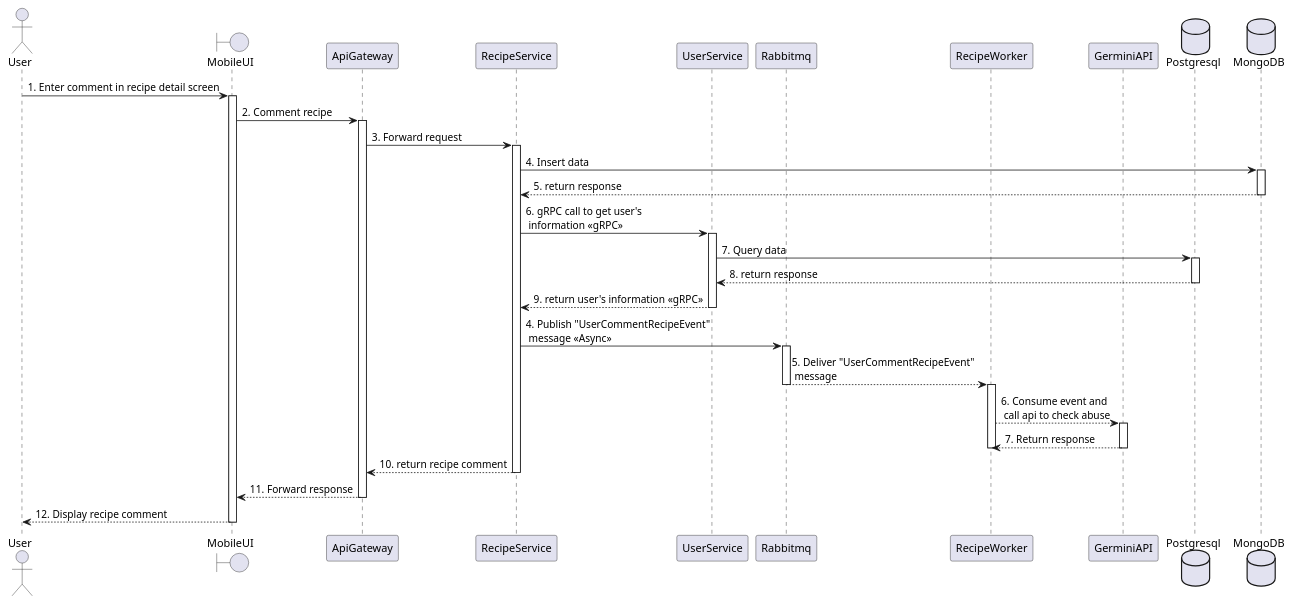
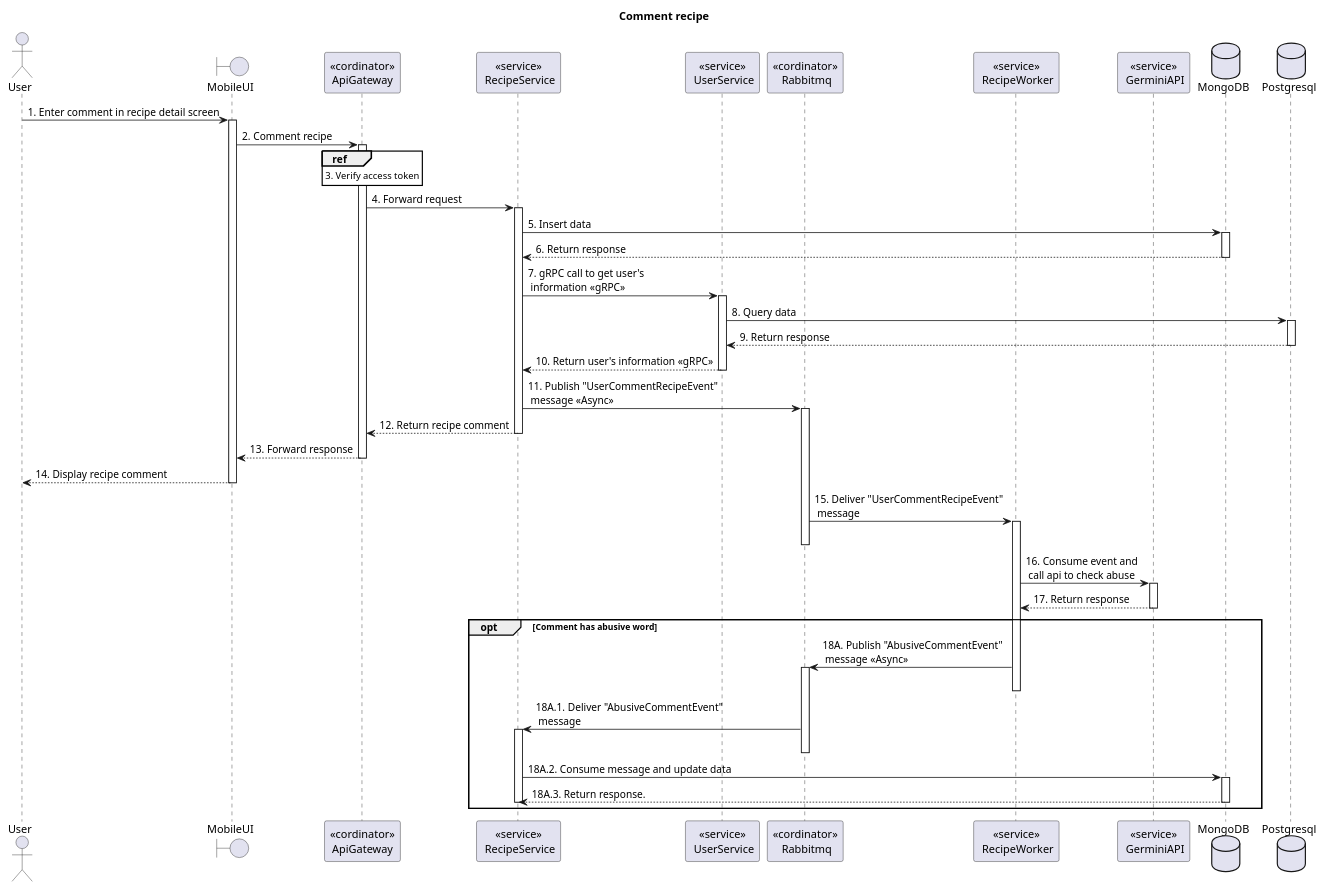
The diagram in doc/SDS/Recipe/Comment recipe/Sequence.plantuml (Carl-Johnsons/tastopia), drawn with PlantUML before and after one commit. The commit also changed 10 other files, not shown here.

Commit message:
doc: update recipe sequences, add user, tracking sequences

```diff
--- a/doc/SDS/Recipe/Comment recipe/Sequence.plantuml
+++ b/doc/SDS/Recipe/Comment recipe/Sequence.plantuml
@@ -1,56 +1,59 @@
 @startuml CommentRecipe
+title "Comment recipe"
+<style>
+  sequenceDiagram {
+    reference {
+      BackGroundColor white
+    }
+}
+</style>
+
 actor User
 boundary MobileUI
-participant ApiGateway
-participant RecipeService
-participant UserService
-participant Rabbitmq
-participant RecipeWorker
-participant GerminiAPI
+participant "<<cordinator>>\nApiGateway" as ApiGateway
+participant "<<service>>\n RecipeService" as RecipeService
+participant "<<service>>\n UserService" as UserService
+participant "<<cordinator>>\n Rabbitmq" as Rabbitmq
+participant "<<service>>\n RecipeWorker" as RecipeWorker
+participant "<<service>>\n GerminiAPI" as GerminiAPI
 database MongoDB
 database Postgresql
 
-User -> MobileUI: 1. Enter comment in recipe detail screen
-activate MobileUI
+User -> MobileUI++: 1. Enter comment in recipe detail screen
 
-MobileUI -> ApiGateway: 2. Comment recipe
-activate ApiGateway
+MobileUI -> ApiGateway++: 2. Comment recipe
 
-ApiGateway -> RecipeService: 3. Forward request
-activate RecipeService
+ref over ApiGateway: 3. Verify access token
 
-database MongoDB
-RecipeService -> MongoDB: 4. Insert data
-activate MongoDB
-RecipeService <-- MongoDB: 5. return response
-deactivate MongoDB
+ApiGateway -> RecipeService++: 4. Forward request
 
-RecipeService -> UserService: 6. gRPC call to get user's \n information <<gRPC>>
-activate UserService
-UserService -> Postgresql: 7. Query data
-activate Postgresql
-UserService <-- Postgresql: 8. return response
-deactivate Postgresql
-RecipeService <-- UserService: 9. return user's information <<gRPC>>
-deactivate UserService
+RecipeService -> MongoDB++: 5. Insert data
+RecipeService <-- MongoDB--: 6. Return response
 
-RecipeService -> Rabbitmq: 4. Publish "UserCommentRecipeEvent" \n message <<Async>>
-activate Rabbitmq
-Rabbitmq --> RecipeWorker: 5. Deliver "UserCommentRecipeEvent"\n message
+RecipeService -> UserService++: 7. gRPC call to get user's \n information <<gRPC>>
+UserService -> Postgresql++: 8. Query data
+UserService <-- Postgresql--: 9. Return response
+RecipeService <-- UserService--: 10. Return user's information <<gRPC>>
+
+RecipeService -> Rabbitmq++: 11. Publish "UserCommentRecipeEvent" \n message <<Async>>
+
+ApiGateway <-- RecipeService--: 12. Return recipe comment
+MobileUI <-- ApiGateway--: 13. Forward response
+User <-- MobileUI--: 14. Display recipe comment
+
+Rabbitmq -> RecipeWorker++: 15. Deliver "UserCommentRecipeEvent"\n message
 deactivate Rabbitmq
-activate RecipeWorker
-RecipeWorker --> GerminiAPI: 6. Consume event and \n call api to check abuse
-activate GerminiAPI
-GerminiAPI --> RecipeWorker: 7. Return response
-deactivate GerminiAPI
-deactivate RecipeWorker
 
+RecipeWorker -> GerminiAPI++: 16. Consume event and \n call api to check abuse
+RecipeWorker <-- GerminiAPI--: 17. Return response
 
-ApiGateway <-- RecipeService: 10. return recipe comment
-deactivate RecipeService
-MobileUI <-- ApiGateway: 11. Forward response
-deactivate ApiGateway
-User <-- MobileUI: 12. Display recipe comment
-deactivate MobileUI
-
+opt Comment has abusive word
+    RecipeWorker -> Rabbitmq++: 18A. Publish "AbusiveCommentEvent" \n message <<Async>>
+    deactivate RecipeWorker
+    Rabbitmq -> RecipeService++: 18A.1. Deliver "AbusiveCommentEvent"\n message
+    deactivate Rabbitmq
+    RecipeService -> MongoDB++: 18A.2. Consume message and update data
+    RecipeService <-- MongoDB--: 18A.3. Return response.
+    deactivate RecipeService
+end opt
 @enduml
```
